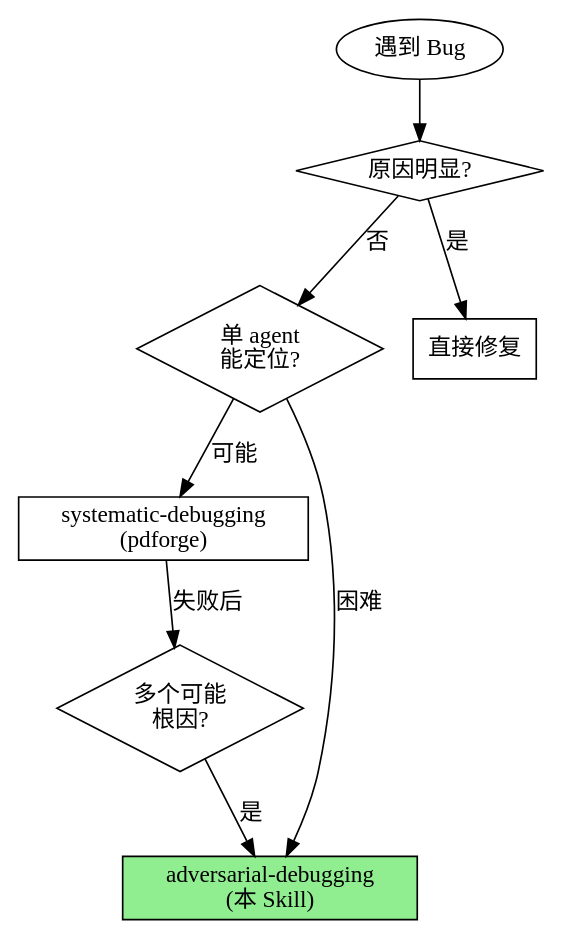
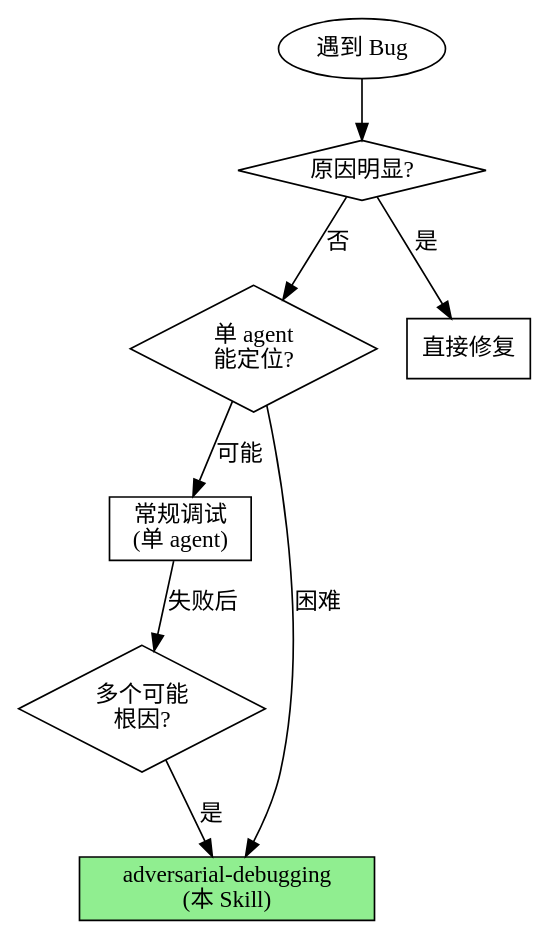
One commit to XRenSiu/claude-code-forge changed the diagram in plugins/forge-teams/skills/adversarial-debugging/SKILL.md. Above: the diagram before and after it, drawn with Graphviz. The commit also changed other lines of this file and 20 other files, not shown here.

````diff
--- a/plugins/forge-teams/skills/adversarial-debugging/SKILL.md
+++ b/plugins/forge-teams/skills/adversarial-debugging/SKILL.md
@@ -31,20 +31,20 @@
 ```dot
 digraph {
     rankdir=TB;
     start [label="遇到 Bug" shape=oval];
     q1 [label="原因明显?" shape=diamond];
     q2 [label="单 agent\n能定位?" shape=diamond];
     q3 [label="多个可能\n根因?" shape=diamond];
-    systematic [label="systematic-debugging\n(pdforge)" shape=box];
+    systematic [label="常规调试\n(单 agent)" shape=box];
     adversarial [label="adversarial-debugging\n(本 Skill)" shape=box style=filled fillcolor=lightgreen];
     direct [label="直接修复" shape=box];
 
     start -> q1;
     q1 -> direct [label="是"];
     q1 -> q2 [label="否"];
     q2 -> systematic [label="可能"];
     q2 -> adversarial [label="困难"];
     q3 -> adversarial [label="是"];
     systematic -> q3 [label="失败后"];
 }
 ```
````
